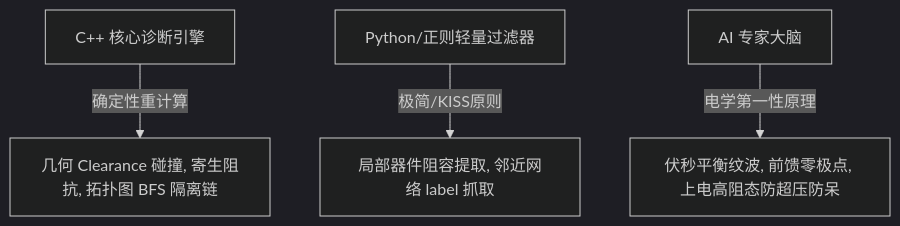
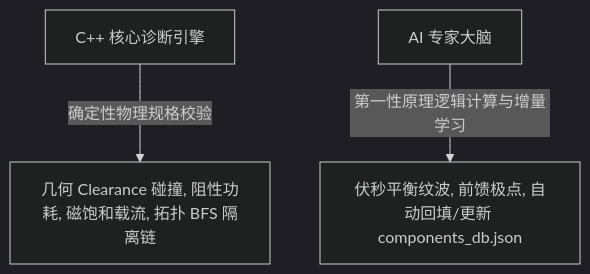
The diagram in README.md (wyxun/kicad-auditor), drawn with Mermaid (dark theme) before and after one commit. The commit also changed other lines of this file and 7 other files, not shown here.

````diff
--- a/README.md
+++ b/README.md
@@ -29,6 +29,5 @@
 ```mermaid
 graph TD
-    A[C++ 核心诊断引擎] -->|确定性重计算| B[几何 Clearance 碰撞, 寄生阻抗, 拓扑图 BFS 隔离链]
-    C[Python/正则轻量过滤器] -->|极简/KISS原则| D[局部器件阻容提取, 邻近网络 label 抓取]
-    E[AI 专家大脑] -->|电学第一性原理| F[伏秒平衡纹波, 前馈零极点, 上电高阻态防超压防呆]
+    A[C++ 核心诊断引擎] -->|确定性物理规格校验| B[几何 Clearance 碰撞, 阻性功耗, 磁饱和载流, 拓扑 BFS 隔离链]
+    C[AI 专家大脑] -->|第一性原理逻辑计算与增量学习| D[伏秒平衡纹波, 前馈极点, 自动回填/更新 components_db.json]
 ```
````
